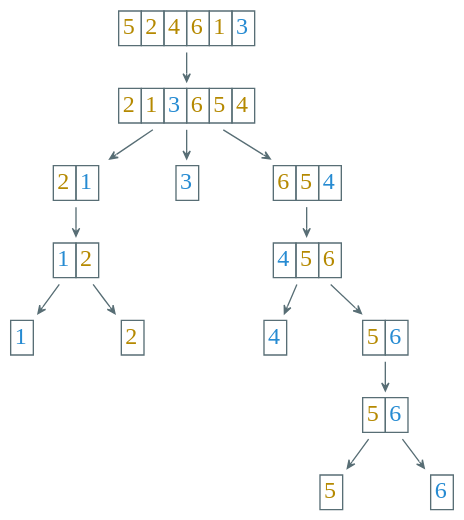
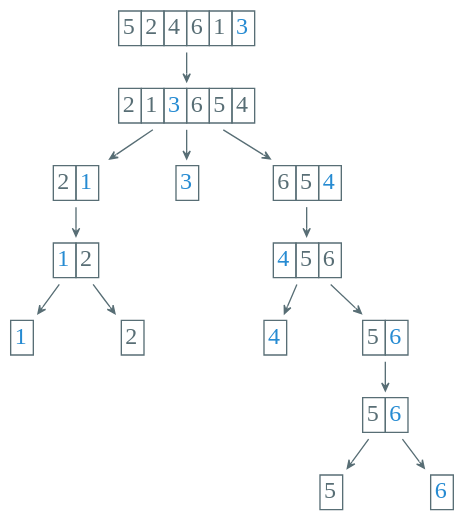
The diagram in dot/sorting/quick-sort.dot (Avanti1980/course-alg), drawn with Graphviz before and after one commit. The commit also changed 13 other files, not shown here.

```diff
--- a/dot/sorting/quick-sort.dot
+++ b/dot/sorting/quick-sort.dot
@@ -1,94 +1,79 @@
 digraph g {
-    bgcolor=transparent
-    graph [nodesep=0.4, ranksep=0.3]
-    rankdir=TB
-    node [shape=none, color="#586e75", fontcolor="#b58900", fontsize=18, fontname="YsabeauText, FZFWZhuZiGuDianSLMC"]
-    edge [arrowhead=vee, color="#586e75", fontcolor="#268bd2", fontsize=16, fontname="YsabeauText, FZFWZhuZiGuDianSLMC", arrowsize=0.6]
-
+    bgcolor="transparent";
+    graph [nodesep=0.4, ranksep=0.3];
+    rankdir="TB";
+    node [shape="none", color="#586e75", fontcolor="#586e75", fontsize=18, fontname="YsabeauText, FZFWZhuZiGuDianSLMC"];
+    edge [arrowhead="vee", color="#586e75", fontcolor="#268bd2", fontsize=16, fontname="YsabeauText, FZFWZhuZiGuDianSLMC", arrowsize=0.6];
     n1 [label=<<table width="3" cellspacing="0" border="0"><tr>
         <td border="1">5</td>
         <td border="1">2</td>
         <td border="1">4</td>
         <td border="1">6</td>
         <td border="1">1</td>
         <td border="1"><font color="#268bd2">3</font></td>
-        </tr></table>>]
-
+        </tr></table>>];
     n2 [label=<<table cellspacing="0" border="0"><tr>
         <td border="1">2</td>
         <td border="1">1</td>
         <td border="1"><font color="#268bd2">3</font></td>
         <td border="1">6</td>
         <td border="1">5</td>
         <td border="1">4</td>
-        </tr></table>>]
-
+        </tr></table>>];
     n3 [label=<<table cellspacing="0" border="0"><tr>
         <td border="1">2</td>
         <td border="1"><font color="#268bd2">1</font></td>
-        </tr></table>>]
-
+        </tr></table>>];
     n4 [label=<<table cellspacing="0" border="0"><tr>
         <td border="1"><font color="#268bd2">3</font></td>
-        </tr></table>>]
-
+        </tr></table>>];
     n5 [label=<<table cellspacing="0" border="0"><tr>
         <td border="1">6</td>
         <td border="1">5</td>
         <td border="1"><font color="#268bd2">4</font></td>
-        </tr></table>>]
-
-    n1 -> n2 -> {n3, n4, n5}
-
+        </tr></table>>];
+    n1 -> n2 -> n3;
+    n2 -> n4;
+    n2 -> n5;
     n6 [label=<<table cellspacing="0" border="0"><tr>
         <td border="1"><font color="#268bd2">1</font></td>
         <td border="1">2</td>
-        </tr></table>>]
-
+        </tr></table>>];
     n7 [label=<<table cellspacing="0" border="0"><tr>
         <td border="1"><font color="#268bd2">4</font></td>
         <td border="1">5</td>
         <td border="1">6</td>
-        </tr></table>>]
-
-    n3 -> n6
-    n5 -> n7
-
+        </tr></table>>];
+    n3 -> n6;
+    n5 -> n7;
     n8 [label=<<table cellspacing="0" border="0"><tr>
         <td border="1"><font color="#268bd2">1</font></td>
-        </tr></table>>]
-
+        </tr></table>>];
     n9 [label=<<table cellspacing="0" border="0"><tr>
         <td border="1">2</td>
-        </tr></table>>]
-
-    n6 -> {n8, n9}
-
+        </tr></table>>];
+    n6 -> n8;
+    n6 -> n9;
     n10 [label=<<table cellspacing="0" border="0"><tr>
         <td border="1"><font color="#268bd2">4</font></td>
-        </tr></table>>]
-
+        </tr></table>>];
     n11 [label=<<table cellspacing="0" border="0"><tr>
         <td border="1">5</td>
         <td border="1"><font color="#268bd2">6</font></td>
-        </tr></table>>]
-
-    n7 -> {n10, n11}
-
+        </tr></table>>];
+    n7 -> n10;
+    n7 -> n11;
     n12 [label=<<table cellspacing="0" border="0"><tr>
         <td border="1">5</td>
         <td border="1"><font color="#268bd2">6</font></td>
-        </tr></table>>]
-
-    n11 -> n12
-
+        </tr></table>>];
+    n11 -> n12;
     n13 [label=<<table cellspacing="0" border="0"><tr>
         <td border="1">5</td>
-        </tr></table>>]
-
+        </tr></table>>];
     n14 [label=<<table cellspacing="0" border="0"><tr>
         <td border="1"><font color="#268bd2">6</font></td>
-        </tr></table>>]
-
-    n12 -> {n13, n14}
+        </tr></table>>];
+    n12 -> n13;
+    n12 -> n14;
 }
```
